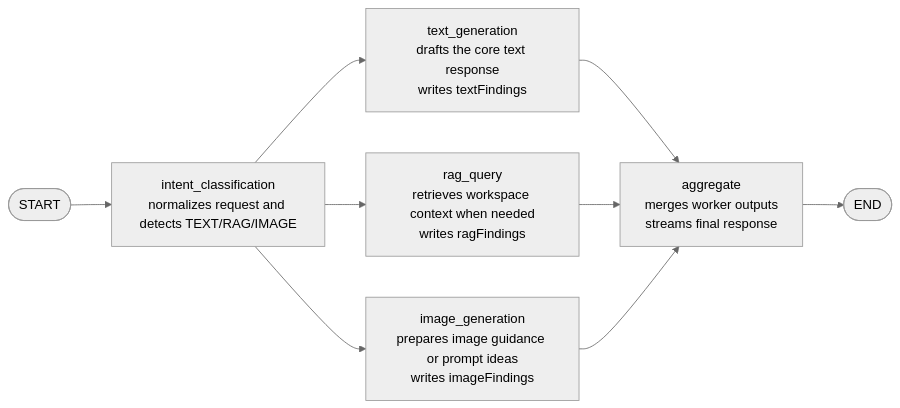
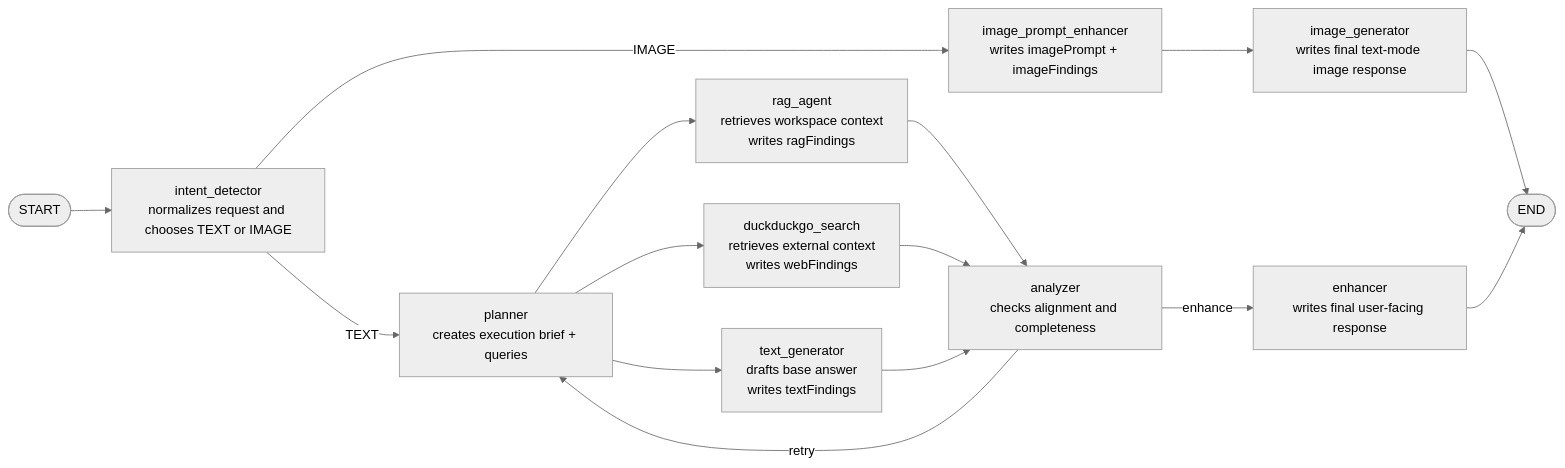
The diagram in src/main/ai/assistant/AGENTS.md (HaraldBregu/OpenWriter), drawn with Mermaid (neutral theme) before and after one commit. The commit also changed other lines of this file and 26 other files, not shown here.

Commit message:
auto: refactor assistant graph to match reference design

````diff
--- a/src/main/ai/assistant/AGENTS.md
+++ b/src/main/ai/assistant/AGENTS.md
@@ -18,14 +21,21 @@
 ```mermaid
 flowchart LR
-	Start([START]) --> IntentClassification["intent_classification<br/>normalizes request and detects TEXT/RAG/IMAGE"]
+	Start([START]) --> Intent["intent_detector<br/>normalizes request and chooses TEXT or IMAGE"]
 
-	IntentClassification --> TextGeneration["text_generation<br/>drafts the core text response<br/>writes textFindings"]
-	IntentClassification --> RagQuery["rag_query<br/>retrieves workspace context when needed<br/>writes ragFindings"]
-	IntentClassification --> ImageGeneration["image_generation<br/>prepares image guidance or prompt ideas<br/>writes imageFindings"]
+	Intent -->|IMAGE| ImagePrompt["image_prompt_enhancer<br/>writes imagePrompt + imageFindings"]
+	ImagePrompt --> ImageGenerator["image_generator<br/>writes final text-mode image response"]
+	ImageGenerator --> End([END])
 
-	TextGeneration --> Aggregate["aggregate<br/>merges worker outputs<br/>streams final response"]
-	RagQuery --> Aggregate
-	ImageGeneration --> Aggregate
+	Intent -->|TEXT| Planner["planner<br/>creates execution brief + queries"]
+	Planner --> Rag["rag_agent<br/>retrieves workspace context<br/>writes ragFindings"]
+	Planner --> Web["duckduckgo_search<br/>retrieves external context<br/>writes webFindings"]
+	Planner --> Text["text_generator<br/>drafts base answer<br/>writes textFindings"]
 
-	Aggregate --> End([END])
+	Rag --> Analyzer["analyzer<br/>checks alignment and completeness"]
+	Web --> Analyzer
+	Text --> Analyzer
+
+	Analyzer -->|retry| Planner
+	Analyzer -->|enhance| Enhancer["enhancer<br/>writes final user-facing response"]
+	Enhancer --> End
 ```
````
